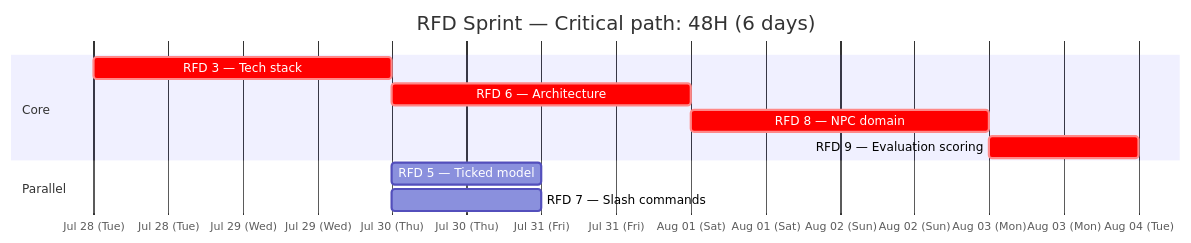
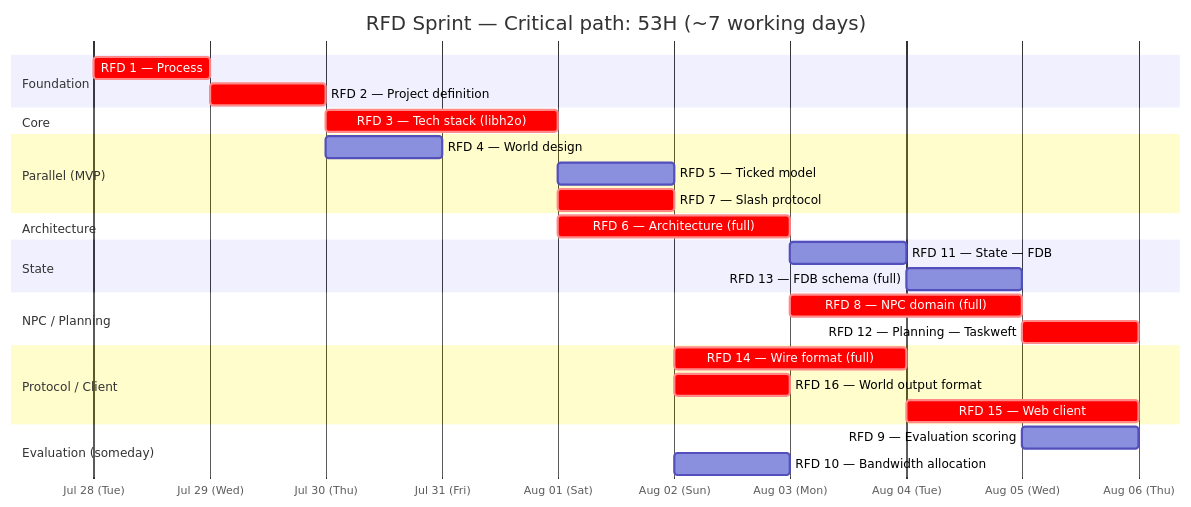
One commit to taskweft/crucible-rfd changed the second of 2 diagrams in PERT_PLAN.md. Above: the diagram before and after it, drawn with Mermaid. The commit also changed other lines of this file, not shown here.

First line of the commit message:
Calibrate PERT plan against real taskweft git log velocity

````diff
--- a/PERT_PLAN.md
+++ b/PERT_PLAN.md
@@ -7,16 +46,38 @@
 ```mermaid
 gantt
-    title RFD Sprint — Critical path: 48H (6 days)
+    title RFD Sprint — Critical path: 53H (~7 working days)
     dateFormat  YYYY-MM-DD
     axisFormat  %b %d (%a)
 
+    section Foundation
+    RFD 1 — Process               :crit, r1, 2026-07-28, 1d
+    RFD 2 — Project definition    :crit, r2, after r1, 1d
+
     section Core
-    RFD 3 — Tech stack            :crit, r3, 2026-07-28, 2d
-    RFD 6 — Architecture          :crit, r6, after r3, 1.5d
-    RFD 8 — NPC domain            :crit, r8, after r6, 1.5d
-    RFD 9 — Evaluation scoring    :crit, r9, after r8, 1d
+    RFD 3 — Tech stack (libh2o)   :crit, r3, after r2, 2d
 
-    section Parallel
+    section Parallel (MVP)
+    RFD 4 — World design          :r4, after r2, 1d
     RFD 5 — Ticked model          :r5, after r3, 0.5d
-    RFD 7 — Slash commands        :r7, after r3, 0.75d
+    RFD 7 — Slash protocol        :crit, r7, after r3, 0.75d
+
+    section Architecture
+    RFD 6 — Architecture (full)   :crit, r6, after r3, 1.5d
+
+    section State
+    RFD 11 — State — FDB          :r11, after r6, 1d
+    RFD 13 — FDB schema (full)    :r13, after r11, 1d
+
+    section NPC / Planning
+    RFD 8 — NPC domain (full)     :crit, r8, after r6, 1.5d
+    RFD 12 — Planning — Taskweft  :crit, r12, after r8, 1d
+
+    section Protocol / Client
+    RFD 14 — Wire format (full)   :crit, r14, after r7, 1.5d
+    RFD 16 — World output format  :crit, r16, after r7, 0.5d
+    RFD 15 — Web client           :crit, r15, after r14, 2d
+
+    section Evaluation (someday)
+    RFD 9 — Evaluation scoring    :r9, after r8, 1d
+    RFD 10 — Bandwidth allocation  :r10, after r5, 1d
 ```
````
